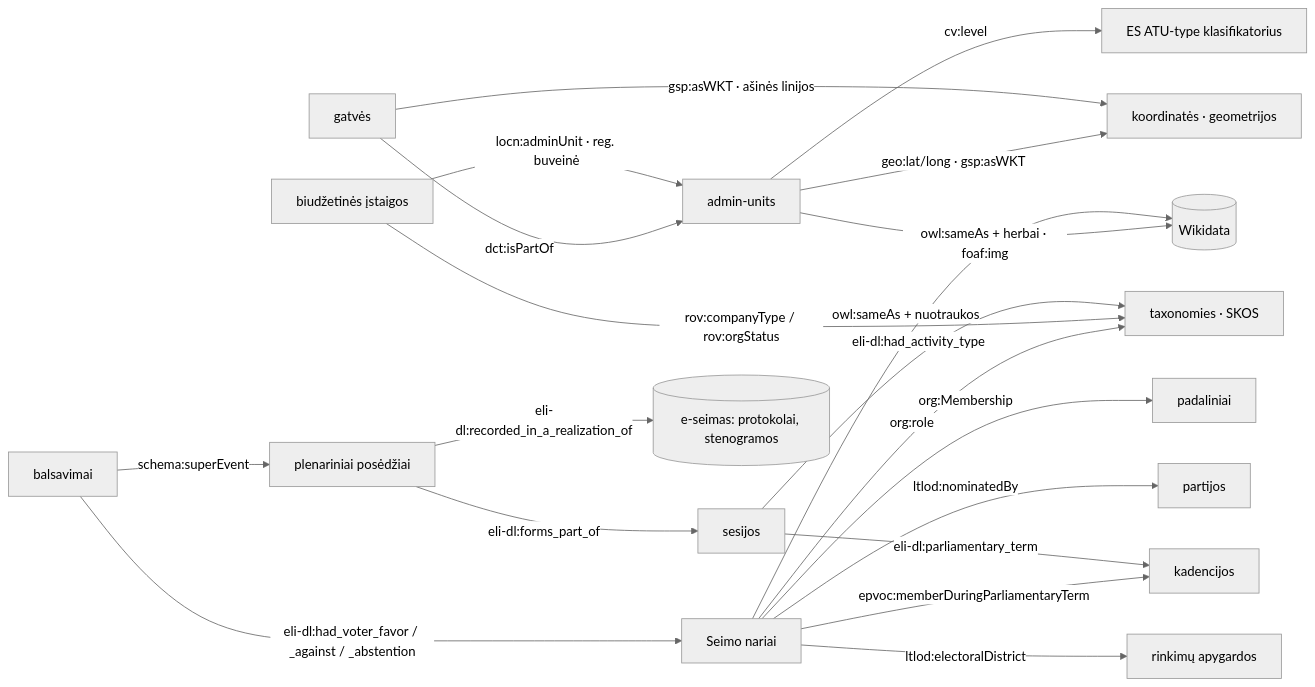
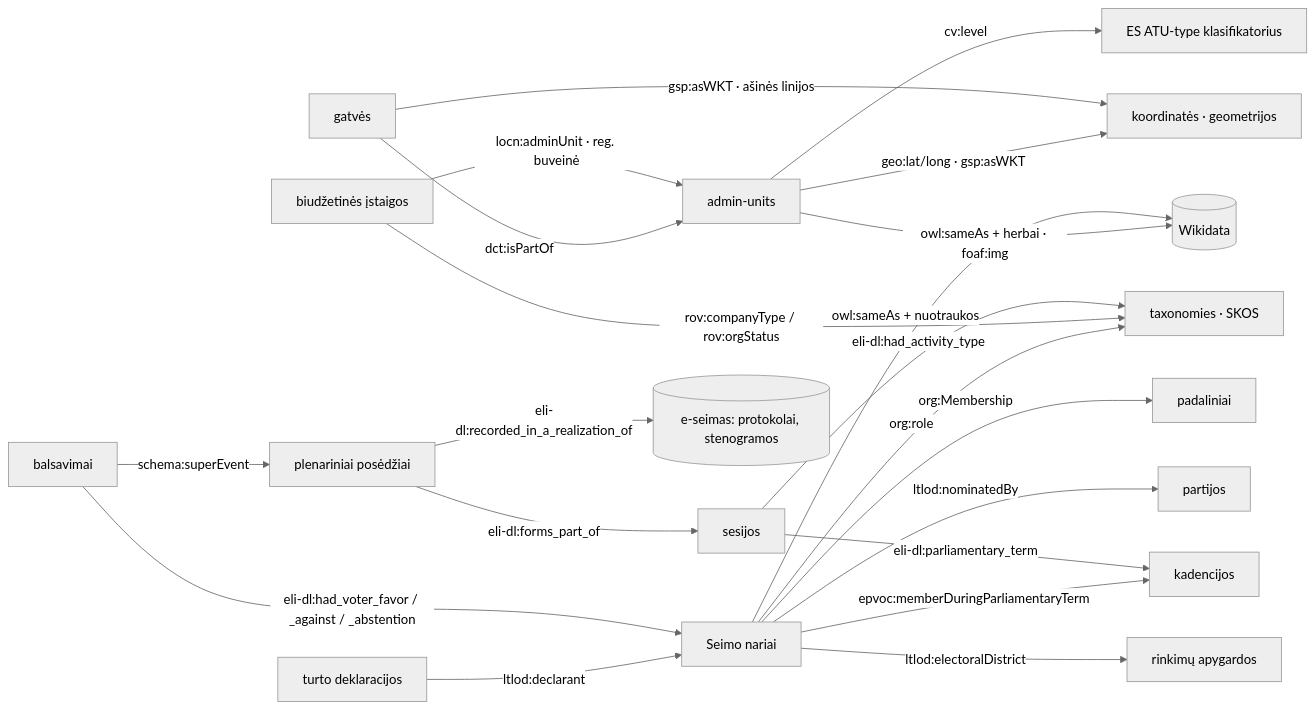
Before and after one commit to AtomGraph/LTLOD: the second of 3 diagrams in README.md, drawn with Mermaid (neutral theme). The commit also changed other lines of this file and 27 other files, not shown here.

````diff
--- a/README.md
+++ b/README.md
@@ -89,22 +90,23 @@
 ```mermaid
 graph LR
     streets[gatvės] -->|dct:isPartOf| admin[admin-units]
     legal[biudžetinės įstaigos] -->|locn:adminUnit · reg. buveinė| admin
     seimas[Seimo nariai] -->|org:Membership| units[padaliniai]
     seimas -->|ltlod:nominatedBy| parties[partijos]
     seimas -->|ltlod:electoralDistrict| districts[rinkimų apygardos]
     seimas -->|org:role| tax[taxonomies · SKOS]
     legal -->|rov:companyType / rov:orgStatus| tax
     admin -->|cv:level| atu[ES ATU-type klasifikatorius]
     admin -->|geo:lat/long · gsp:asWKT| geo[koordinatės · geometrijos]
     streets -->|gsp:asWKT · ašinės linijos| geo
     admin -->|owl:sameAs + herbai · foaf:img| wd[(Wikidata)]
     seimas -->|owl:sameAs + nuotraukos| wd
     seimas -->|epvoc:memberDuringParliamentaryTerm| terms[kadencijos]
+    declarations[turto deklaracijos] -->|ltlod:declarant| seimas
     sittings[plenariniai posėdžiai] -->|eli-dl:forms_part_of| sessions[sesijos]
     sessions -->|eli-dl:parliamentary_term| terms
     sessions -->|eli-dl:had_activity_type| tax
     sittings -->|eli-dl:recorded_in_a_realization_of| eseimas[(e-seimas: protokolai, stenogramos)]
     votes[balsavimai] -->|schema:superEvent| sittings
     votes -->|eli-dl:had_voter_favor / _against / _abstention| seimas
 ```
````
